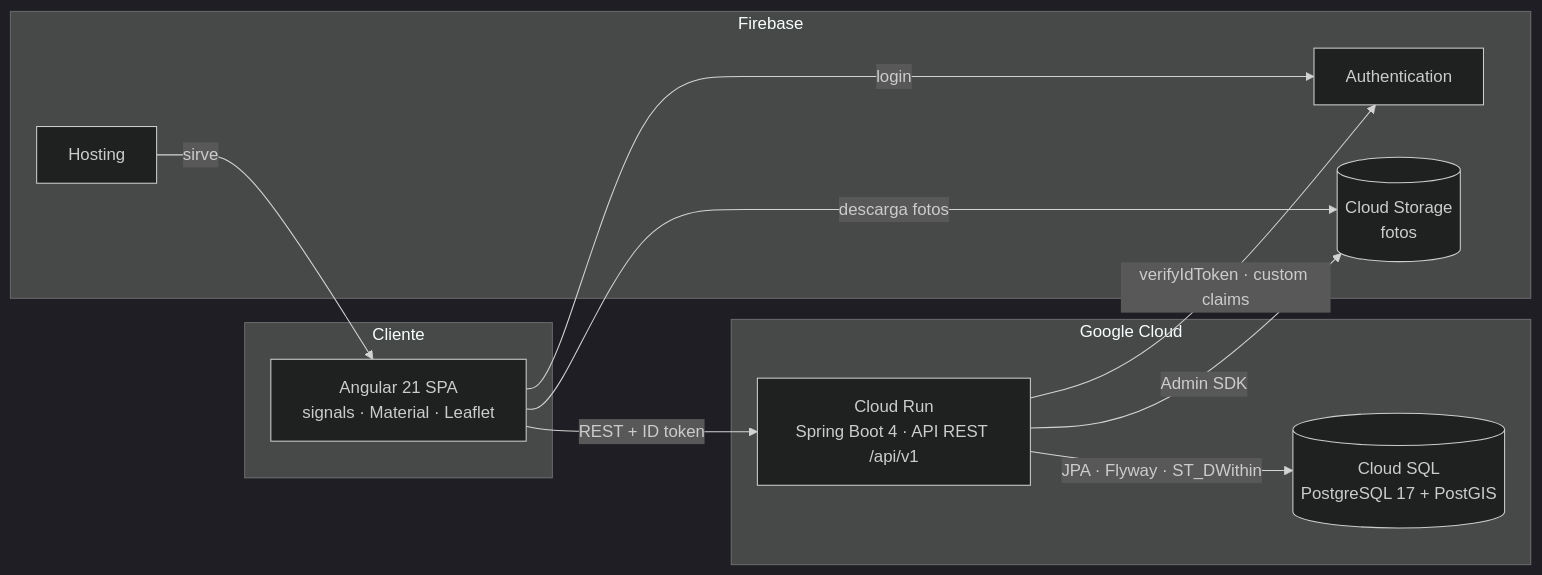
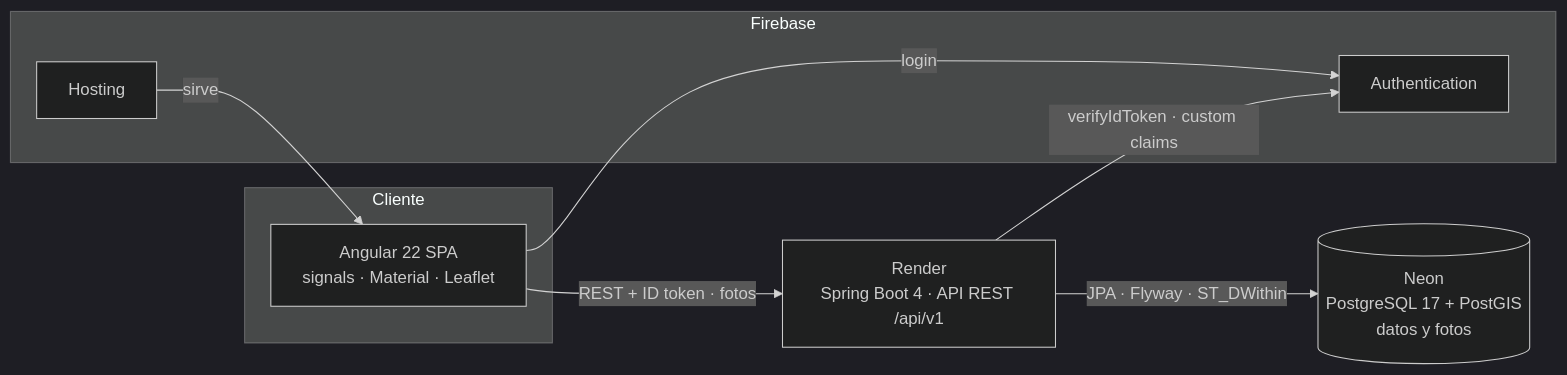
One commit to Maanuu77/Benchify changed the first of 2 diagrams in README.md. Above: the diagram before and after it, drawn with Mermaid (dark theme). The commit also changed other lines of this file and 39 other files, not shown here.

First line of the commit message:
feat(deploy): free stack with Firebase Spark, Render and Neon (#66, #67)

````diff
--- a/README.md
+++ b/README.md
@@ -39,22 +39,17 @@
 ```mermaid
 flowchart LR
   subgraph Cliente
-    SPA["Angular 21 SPA<br/>signals · Material · Leaflet"]
+    SPA["Angular 22 SPA<br/>signals · Material · Leaflet"]
   end
   subgraph Firebase
     AUTH[Authentication]
-    ST[(Cloud Storage<br/>fotos)]
     HOST[Hosting]
   end
-  subgraph "Google Cloud"
-    API["Cloud Run<br/>Spring Boot 4 · API REST /api/v1"]
-    DB[("Cloud SQL<br/>PostgreSQL 17 + PostGIS")]
-  end
+  API["Render<br/>Spring Boot 4 · API REST /api/v1"]
+  DB[("Neon<br/>PostgreSQL 17 + PostGIS<br/>datos y fotos")]
   HOST -- sirve --> SPA
   SPA -- login --> AUTH
-  SPA -- "REST + ID token" --> API
-  SPA -- "descarga fotos" --> ST
+  SPA -- "REST + ID token · fotos" --> API
   API -- "verifyIdToken · custom claims" --> AUTH
-  API -- "Admin SDK" --> ST
   API -- "JPA · Flyway · ST_DWithin" --> DB
 ```
````
